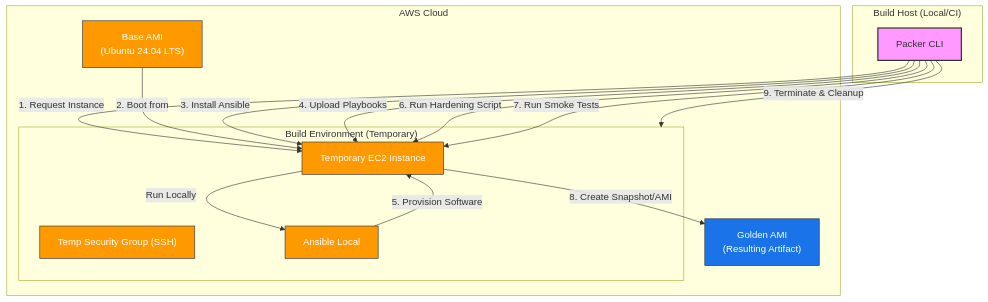
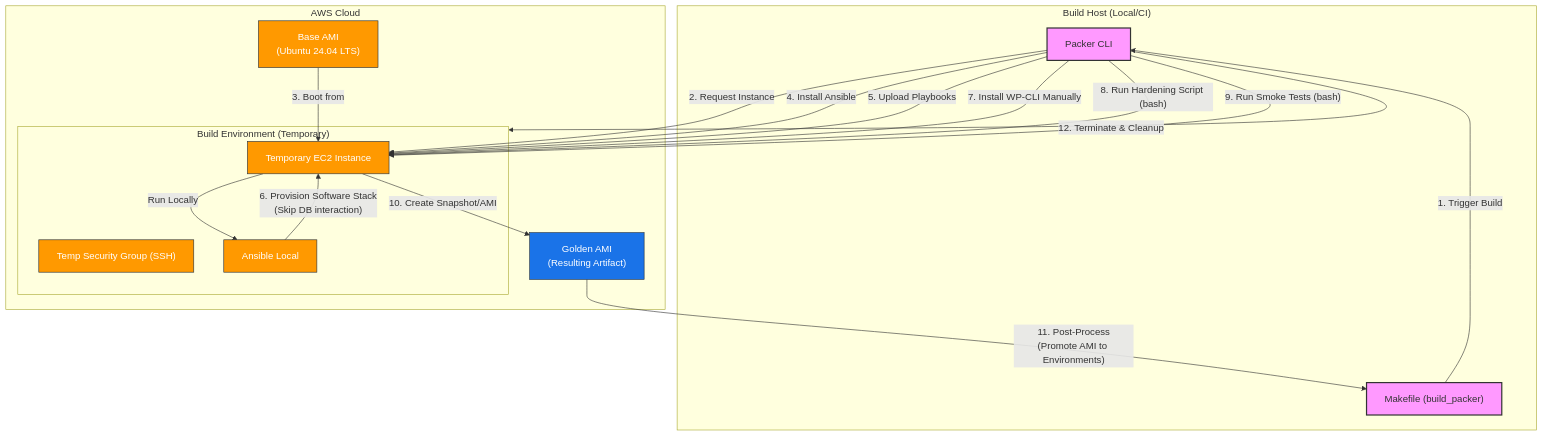
One commit to hetmanskyi-cloud/AWS changed the diagram in terraform/packer/README.md. Above: the diagram before and after it, drawn with Mermaid. The commit also changed other lines of this file and 14 other files, not shown here.

````diff
--- a/terraform/packer/README.md
+++ b/terraform/packer/README.md
@@ -41,37 +42,41 @@
 ```mermaid
 graph TD
     subgraph Build_Host ["Build Host (Local/CI)"]
         Packer["Packer CLI"]
+        Makefile["Makefile (build_packer)"]
     end
 
     subgraph AWS_Cloud ["AWS Cloud"]
         subgraph Build_Environment ["Build Environment (Temporary)"]
             EC2["Temporary EC2 Instance"]
             SecurityGroup["Temp Security Group (SSH)"]
             AnsibleLocal["Ansible Local"]
         end
 
-        BaseAMI["Base AMI<br>(Ubuntu 24.04 LTS)"]
-        GoldenAMI["Golden AMI<br>(Resulting Artifact)"]
+        BaseAMI["Base AMI<br/>(Ubuntu 24.04 LTS)"]
+        GoldenAMI["Golden AMI<br/>(Resulting Artifact)"]
     end
 
-    Packer -->|"1. Request Instance"| EC2
-    BaseAMI -->|"2. Boot from"| EC2
-    Packer -->|"3. Install Ansible"| EC2
-    Packer -->|"4. Upload Playbooks"| EC2
+    Makefile -->|"1. Trigger Build"| Packer
+    Packer -->|"2. Request Instance"| EC2
+    BaseAMI -->|"3. Boot from"| EC2
+    Packer -->|"4. Install Ansible"| EC2
+    Packer -->|"5. Upload Playbooks"| EC2
     EC2 -- "Run Locally" --> AnsibleLocal
-    AnsibleLocal -->|"5. Provision Software"| EC2
-    Packer -->|"6. Run Hardening Script"| EC2
-    Packer -->|"7. Run Smoke Tests"| EC2
-    EC2 -->|"8. Create Snapshot/AMI"| GoldenAMI
-    Packer -->|"9. Terminate & Cleanup"| Build_Environment
+    AnsibleLocal -->|"6. Provision Software Stack<br/>(Skip DB interaction)"| EC2
+    Packer -->|"7. Install WP-CLI Manually"| EC2
+    Packer -->|"8. Run Hardening Script (bash)"| EC2
+    Packer -->|"9. Run Smoke Tests (bash)"| EC2
+    EC2 -->|"10. Create Snapshot/AMI"| GoldenAMI
+    GoldenAMI -->|"11. Post-Process<br/>(Promote AMI to Environments)"| Makefile
+    Packer -->|"12. Terminate & Cleanup"| Build_Environment
 
     %% Styling
     classDef build fill:#f9f,stroke:#333,stroke-width:2px;
     classDef aws fill:#FF9900,stroke:#232F3E,color:white;
     classDef artifact fill:#1A73E8,stroke:#232F3E,color:white;
 
-    class Packer build;
+    class Packer,Makefile build;
     class EC2,SecurityGroup,BaseAMI,AnsibleLocal aws;
     class GoldenAMI artifact;
 ```
````
